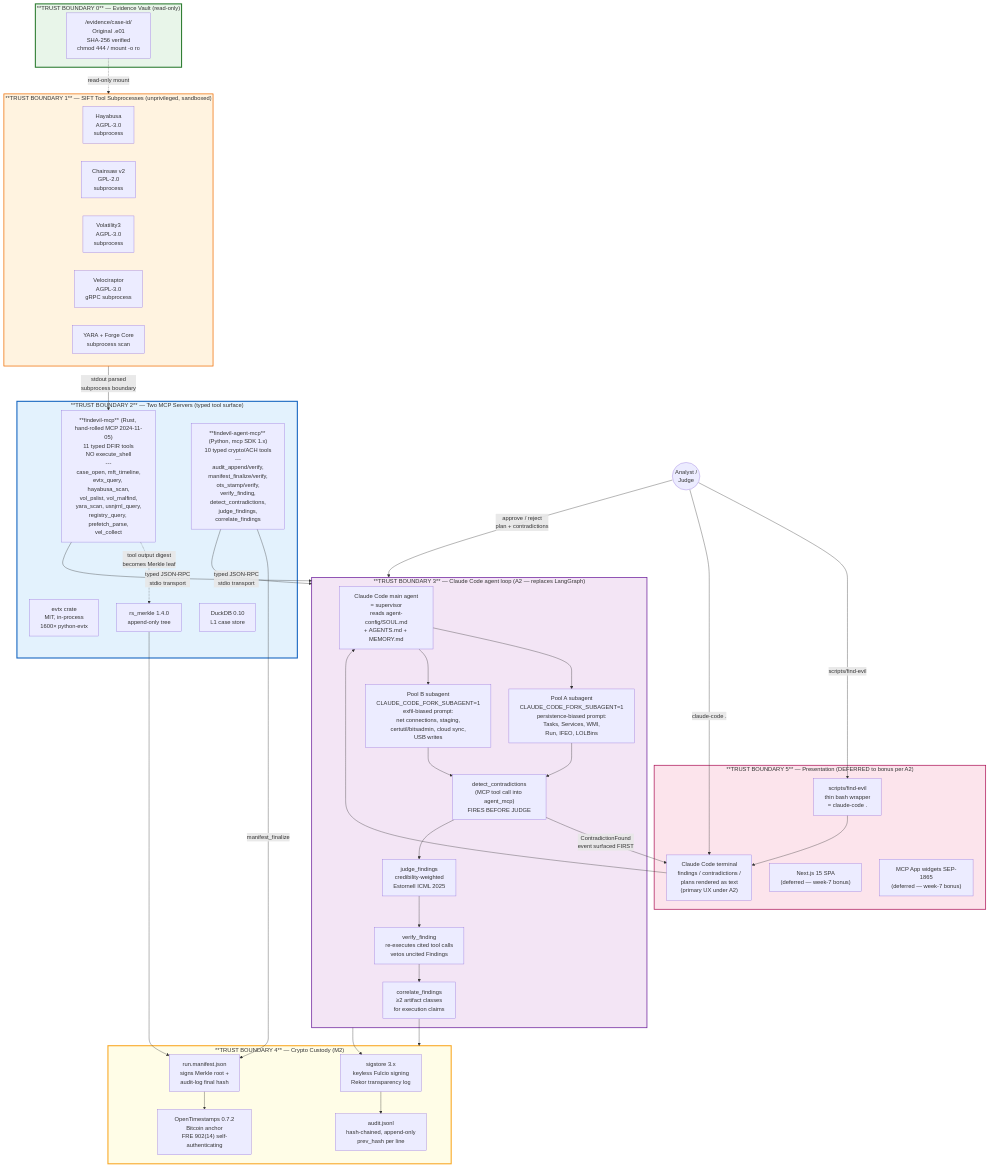
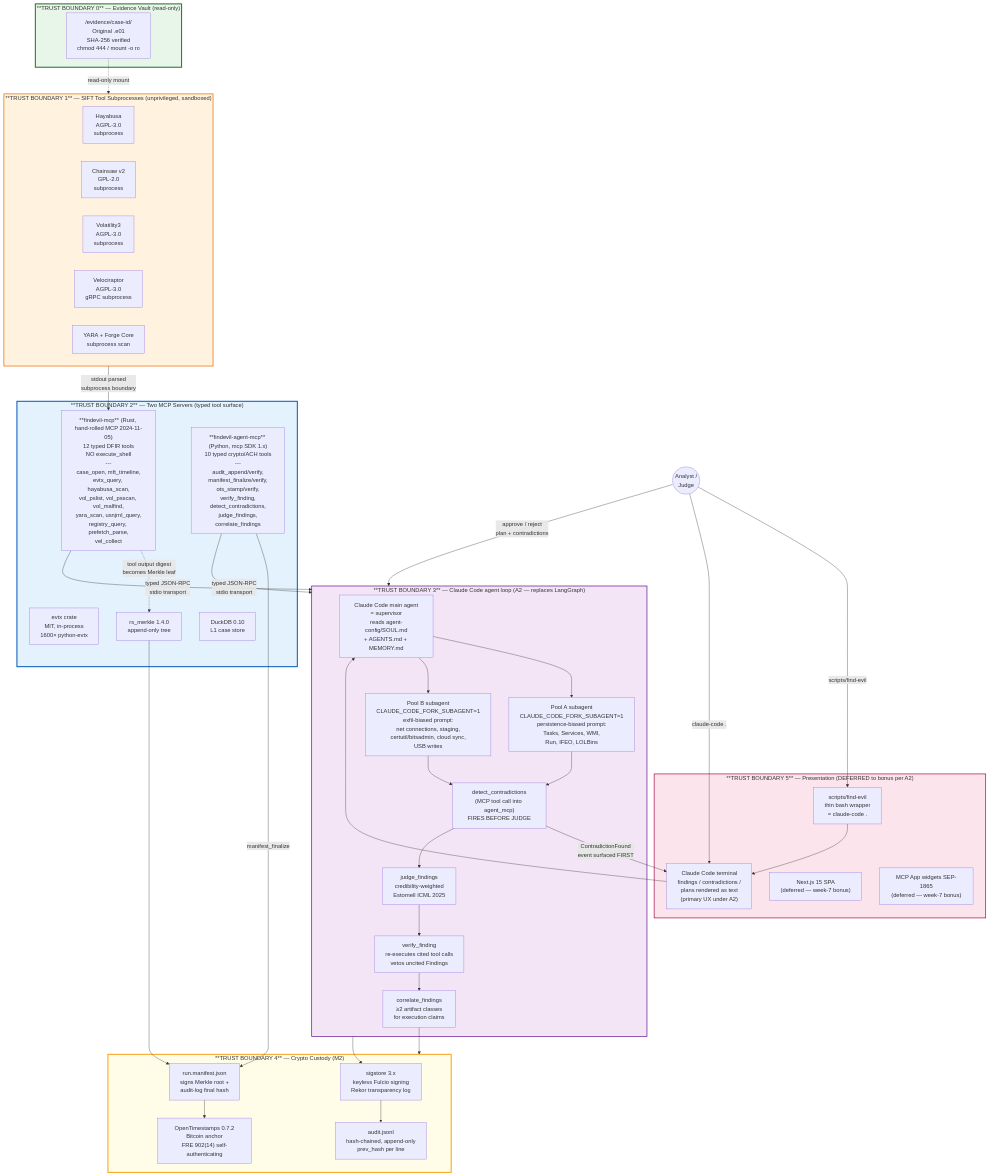
Before and after one commit to TimothyVang/sans-hackathon: the first of 3 diagrams in docs/architecture.md, drawn with Mermaid. The commit also changed 2 other files, not shown here.

Commit message:
docs: bump remaining "11 tools" references to 12 (vol_psscan)
Three docs missed in earlier 11→12 sweeps:

  - docs/architecture.md Trust Boundary 2 Mermaid diagram listed
    11 tools and was missing vol_psscan from the inline tool list.
    Now lists 12 with vol_psscan inserted between vol_pslist
    and vol_malfind to match the typical psscan → malfind flow.
  - QUICKSTART.md two callouts ("11 typed DFIR tools" + "the
    existing 11 tools for templates") → 12.
  - agent-config/PLAYBOOK.md "What this is NOT" disclaimer:
    "11 typed Rust MCP tools" → 12.

services/agent/findevil_agent/events.py also says "all 11
AgentEvent variants" but that's a different domain (events, not
tools — there are exactly 11 variants in the discriminated
union); leaving alone.

After this commit, every "tool count" claim in active code and
docs reads 12. Audited via grep across docs/, agent-config/,
services/mcp/, services/agent_mcp/, scripts/, CLAUDE.md,
README.md, QUICKSTART.md — all consistent.

```diff
--- a/docs/architecture.md
+++ b/docs/architecture.md
@@ -36,7 +36,7 @@
     end
 
     subgraph Trust2["**TRUST BOUNDARY 2** — Two MCP Servers (typed tool surface)"]
-        RustMcp["**findevil-mcp** (Rust, hand-rolled MCP 2024-11-05)<br/>11 typed DFIR tools<br/>NO execute_shell<br/>---<br/>case_open, mft_timeline,<br/>evtx_query, hayabusa_scan,<br/>vol_pslist, vol_malfind,<br/>yara_scan, usnjrnl_query,<br/>registry_query, prefetch_parse,<br/>vel_collect"]
+        RustMcp["**findevil-mcp** (Rust, hand-rolled MCP 2024-11-05)<br/>12 typed DFIR tools<br/>NO execute_shell<br/>---<br/>case_open, mft_timeline,<br/>evtx_query, hayabusa_scan,<br/>vol_pslist, vol_psscan, vol_malfind,<br/>yara_scan, usnjrnl_query,<br/>registry_query, prefetch_parse,<br/>vel_collect"]
         AgentMcp["**findevil-agent-mcp** (Python, mcp SDK 1.x)<br/>10 typed crypto/ACH tools<br/>---<br/>audit_append/verify,<br/>manifest_finalize/verify,<br/>ots_stamp/verify,<br/>verify_finding,<br/>detect_contradictions,<br/>judge_findings,<br/>correlate_findings"]
         EvtxCrate["evtx crate<br/>MIT, in-process<br/>1600× python-evtx"]
         Merkle["rs_merkle 1.4.0<br/>append-only tree"]
```
